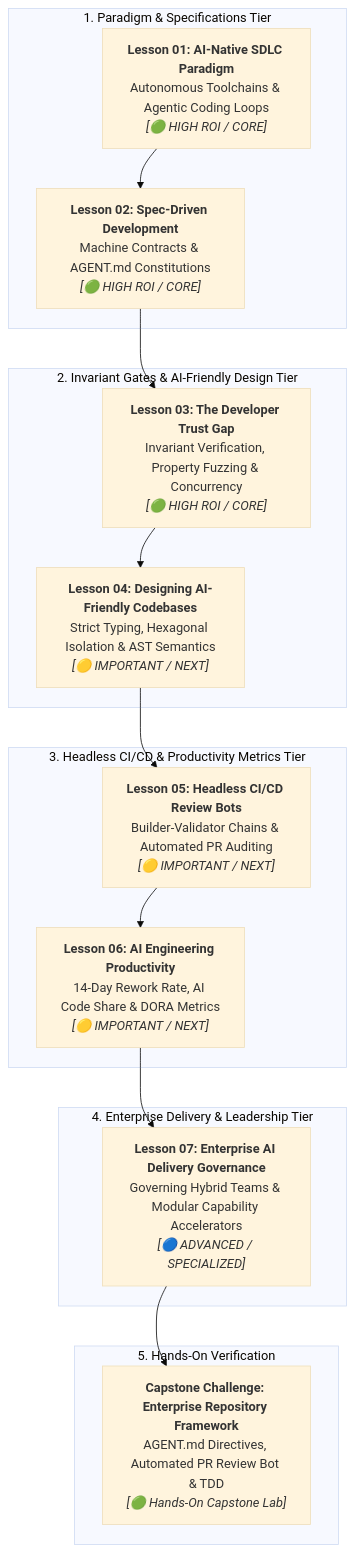
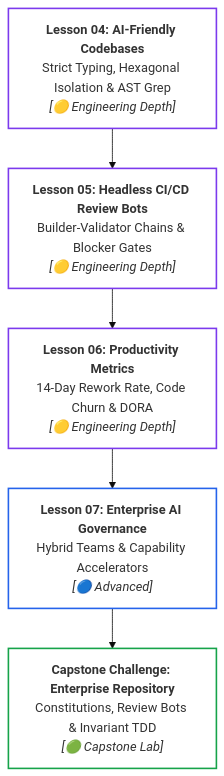
One commit to dip4k/senior-engineer-to-ai-engineer-roadmap changed the second of 2 diagrams in 08-ai-augmented-sdlc-and-leadership/README.md. Above: the diagram before and after it, drawn with Mermaid (base theme). The commit also changed other lines of this file and 16 other files, not shown here.

````diff
--- a/08-ai-augmented-sdlc-and-leadership/README.md
+++ b/08-ai-augmented-sdlc-and-leadership/README.md
@@ -24,37 +48,13 @@
 ```mermaid
 flowchart TD
-    subgraph FoundationTier["1. Paradigm & Specifications Tier"]
-        L1["<b>Lesson 01: AI-Native SDLC Paradigm</b><br/>Autonomous Toolchains & Agentic Coding Loops<br/><i>[🟢 HIGH ROI / CORE]</i>"]
-        L2["<b>Lesson 02: Spec-Driven Development</b><br/>Machine Contracts & AGENT.md Constitutions<br/><i>[🟢 HIGH ROI / CORE]</i>"]
-        L1 --> L2
-    end
+    L04["<b>Lesson 04: AI-Friendly Codebases</b><br/>Strict Typing, Hexagonal Isolation & AST Grep<br/><i>[🟡 Engineering Depth]</i>"] --> L05["<b>Lesson 05: Headless CI/CD Review Bots</b><br/>Builder-Validator Chains & Blocker Gates<br/><i>[🟡 Engineering Depth]</i>"]
+    L05 --> L06["<b>Lesson 06: Productivity Metrics</b><br/>14-Day Rework Rate, Code Churn & DORA<br/><i>[🟡 Engineering Depth]</i>"]
+    L06 --> L07["<b>Lesson 07: Enterprise AI Governance</b><br/>Hybrid Teams & Capability Accelerators<br/><i>[🔵 Advanced]</i>"]
+    L07 --> Lab["<b>Capstone Challenge: Enterprise Repository</b><br/>Constitutions, Review Bots & Invariant TDD<br/><i>[🟢 Capstone Lab]</i>"]
 
-    subgraph VerificationTier["2. Invariant Gates & AI-Friendly Design Tier"]
-        L3["<b>Lesson 03: The Developer Trust Gap</b><br/>Invariant Verification, Property Fuzzing & Concurrency<br/><i>[🟢 HIGH ROI / CORE]</i>"]
-        L4["<b>Lesson 04: Designing AI-Friendly Codebases</b><br/>Strict Typing, Hexagonal Isolation & AST Semantics<br/><i>[🟡 IMPORTANT / NEXT]</i>"]
-        L2 --> L3
-        L3 --> L4
-    end
-
-    subgraph AutomationTier["3. Headless CI/CD & Productivity Metrics Tier"]
-        L5["<b>Lesson 05: Headless CI/CD Review Bots</b><br/>Builder-Validator Chains & Automated PR Auditing<br/><i>[🟡 IMPORTANT / NEXT]</i>"]
-        L6["<b>Lesson 06: AI Engineering Productivity</b><br/>14-Day Rework Rate, AI Code Share & DORA Metrics<br/><i>[🟡 IMPORTANT / NEXT]</i>"]
-        L4 --> L5
-        L5 --> L6
-    end
-
-    subgraph GovernanceTier["4. Enterprise Delivery & Leadership Tier"]
-        L7["<b>Lesson 07: Enterprise AI Delivery Governance</b><br/>Governing Hybrid Teams & Modular Capability Accelerators<br/><i>[🔵 ADVANCED / SPECIALIZED]</i>"]
-        L6 --> L7
-    end
-
-    subgraph LabTier["5. Hands-On Verification"]
-        Lab["<b>Capstone Challenge: Enterprise Repository Framework</b><br/>AGENT.md Directives, Automated PR Review Bot & TDD<br/><i>[🟢 Hands-On Capstone Lab]</i>"]
-        L7 --> Lab
-    end
-
-    FoundationTier ~~~ VerificationTier
-    VerificationTier ~~~ AutomationTier
-    AutomationTier ~~~ GovernanceTier
-    GovernanceTier ~~~ LabTier
+    style L04 stroke:#7c3aed,stroke-width:2px,fill:none
+    style L05 stroke:#7c3aed,stroke-width:2px,fill:none
+    style L06 stroke:#7c3aed,stroke-width:2px,fill:none
+    style L07 stroke:#2563eb,stroke-width:2px,fill:none
+    style Lab stroke:#16a34a,stroke-width:2px,fill:none
 ```
````
